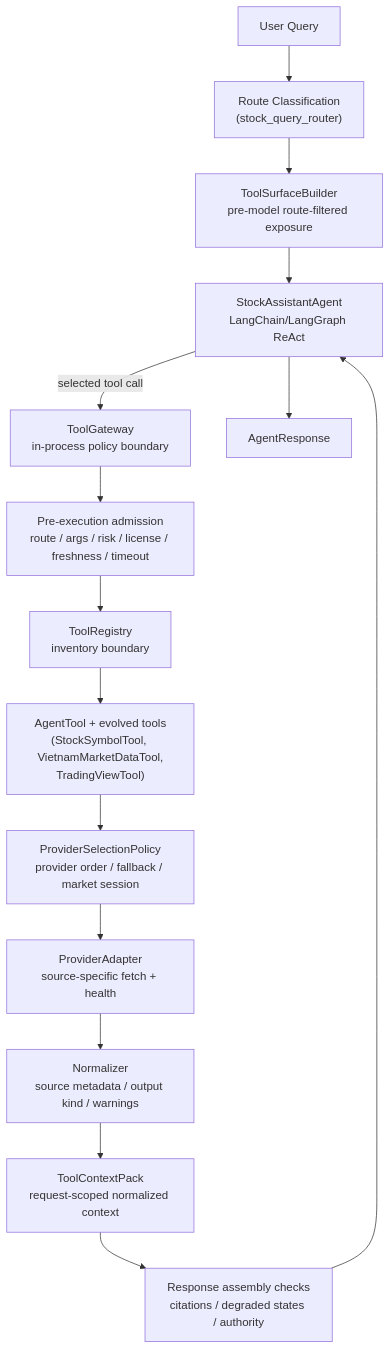
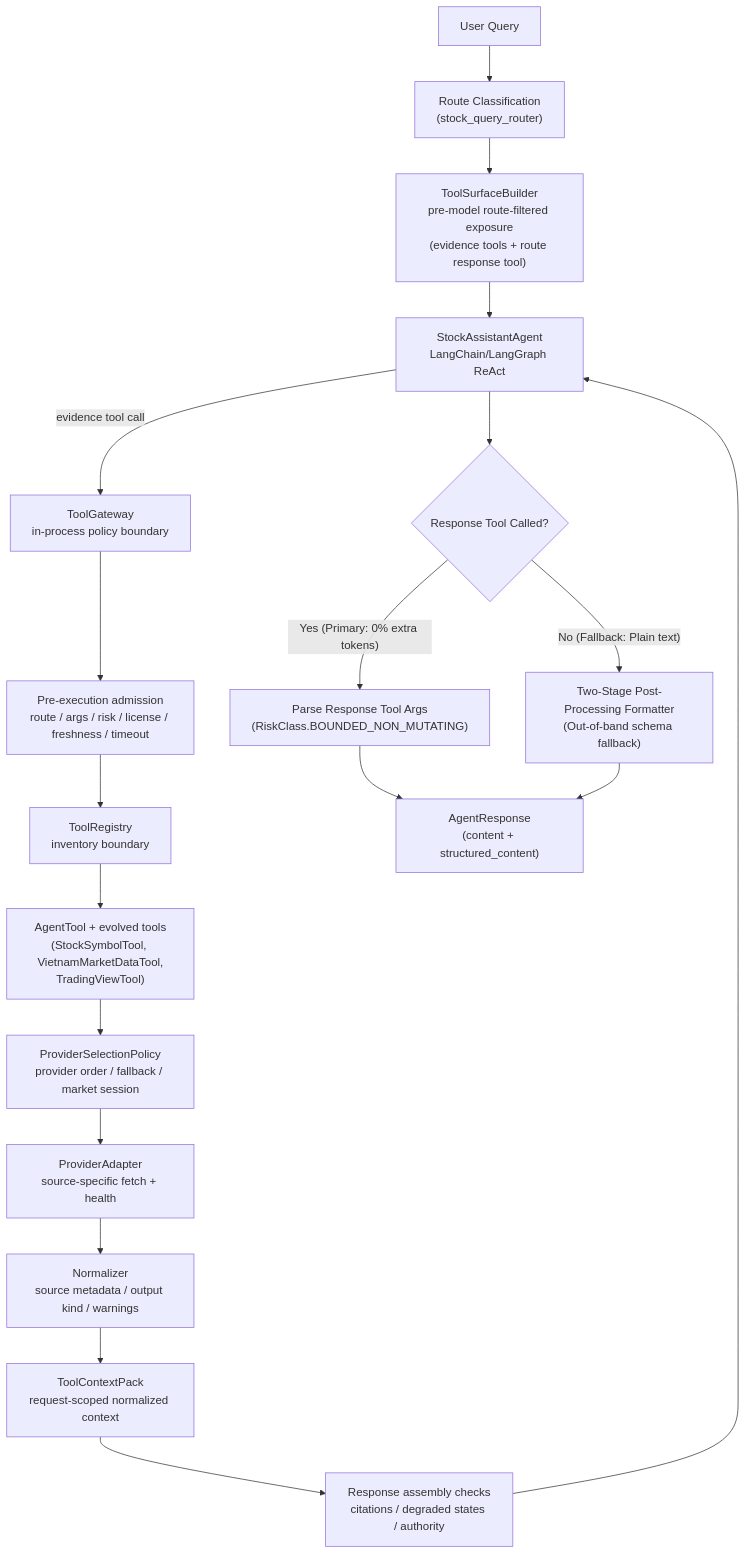
The fifth of 18 diagrams in docs/domains/agent/ARCHITECTURE_DESIGN.md (d-dragon/dp-stock-investment-assistant), drawn with Mermaid before and after one commit. The commit also changed other lines of this file and 7 other files, not shown here.

Commit message:
docs(agent): 'structure outputs' - initialize architecture design, ADRs, requirements, technical design along with clarified roadmap.

````diff
--- a/docs/domains/agent/ARCHITECTURE_DESIGN.md
+++ b/docs/domains/agent/ARCHITECTURE_DESIGN.md
@@ -521,17 +532,21 @@
 ```mermaid
 flowchart TD
   Query["User Query"] --> Route["Route Classification\n(stock_query_router)"]
-  Route --> Surface["ToolSurfaceBuilder\npre-model route-filtered exposure"]
+  Route --> Surface["ToolSurfaceBuilder\npre-model route-filtered exposure\n(evidence tools + route response tool)"]
   Surface --> ReAct["StockAssistantAgent\nLangChain/LangGraph ReAct"]
-  ReAct -->|"selected tool call"| Gateway["ToolGateway\nin-process policy boundary"]
+  ReAct -->|"evidence tool call"| Gateway["ToolGateway\nin-process policy boundary"]
   Gateway --> Admission["Pre-execution admission\nroute / args / risk / license / freshness / timeout"]
   Admission --> Registry["ToolRegistry\ninventory boundary"]
   Registry --> Tool["AgentTool + evolved tools\n(StockSymbolTool, VietnamMarketDataTool,\nTradingViewTool)"]
   Tool --> ProviderPolicy["ProviderSelectionPolicy\nprovider order / fallback / market session"]
   ProviderPolicy --> Adapter["ProviderAdapter\nsource-specific fetch + health"]
   Adapter --> Normalize["Normalizer\nsource metadata / output kind / warnings"]
   Normalize --> Pack["ToolContextPack\nrequest-scoped normalized context"]
   Pack --> ResponseAssembly["Response assembly checks\ncitations / degraded states / authority"]
   ResponseAssembly --> ReAct
-  ReAct --> Response["AgentResponse"]
+  ReAct --> Extraction{"Response Tool Called?"}
+  Extraction -->|"Yes (Primary: 0% extra tokens)"| ParseTool["Parse Response Tool Args\n(RiskClass.BOUNDED_NON_MUTATING)"]
+  Extraction -->|"No (Fallback: Plain text)"| Formatter["Two-Stage Post-Processing Formatter\n(Out-of-band schema fallback)"]
+  ParseTool --> Response["AgentResponse\n(content + structured_content)"]
+  Formatter --> Response
 ```
````
